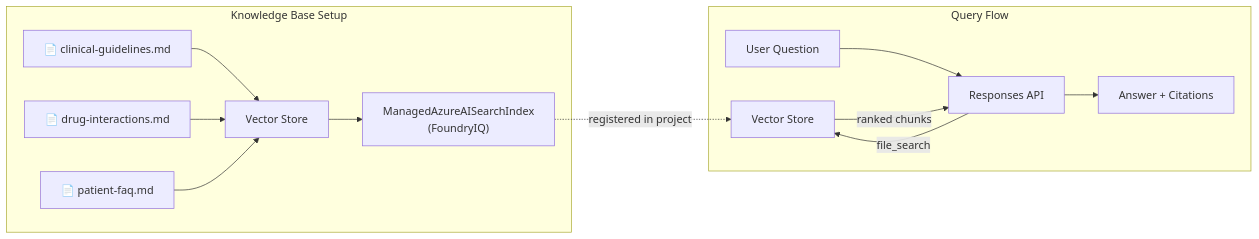
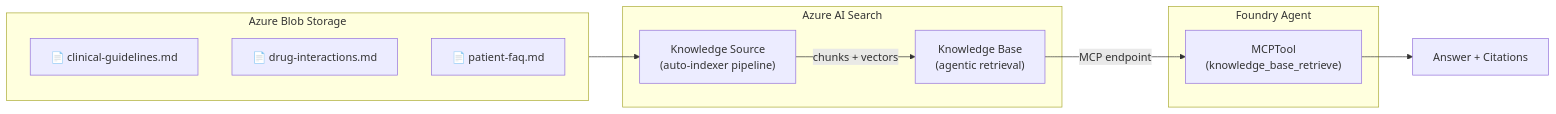
The diagram in docs/06-foundry-iq.md (beyondelastic/foundry-advanced-workshop), drawn with Mermaid before and after one commit. The commit also changed other lines of this file and 6 other files, not shown here.

First line of the commit message:
Refactor FoundryIQ example to implement Knowledge Base with multi-source retrieval

````diff
--- a/docs/06-foundry-iq.md
+++ b/docs/06-foundry-iq.md
@@ -22,18 +22,22 @@
 ```mermaid
 flowchart LR
-    subgraph Setup["Knowledge Base Setup"]
-        D1["📄 clinical-guidelines.md"] --> VS["Vector Store"]
-        D2["📄 drug-interactions.md"] --> VS
-        D3["📄 patient-faq.md"] --> VS
-        VS --> IDX["ManagedAzureAISearchIndex<br/>(FoundryIQ)"]
+    subgraph Storage["Azure Blob Storage"]
+        D1["📄 clinical-guidelines.md"]
+        D2["📄 drug-interactions.md"]
+        D3["📄 patient-faq.md"]
     end
 
-    subgraph Query["Query Flow"]
-        Q["User Question"] --> RA["Responses API"]
-        RA -->|file_search| VS2["Vector Store"]
-        VS2 -->|ranked chunks| RA
-        RA --> A["Answer + Citations"]
+    subgraph Search["Azure AI Search"]
+        KS["Knowledge Source<br/>(auto-indexer pipeline)"]
+        KB["Knowledge Base<br/>(agentic retrieval)"]
     end
 
-    IDX -.->|"registered in project"| VS2
+    subgraph Agent["Foundry Agent"]
+        MCP["MCPTool<br/>(knowledge_base_retrieve)"]
+    end
+
+    Storage --> KS
+    KS -->|"chunks + vectors"| KB
+    KB -->|"MCP endpoint"| MCP
+    MCP --> Response["Answer + Citations"]
 ```
````
